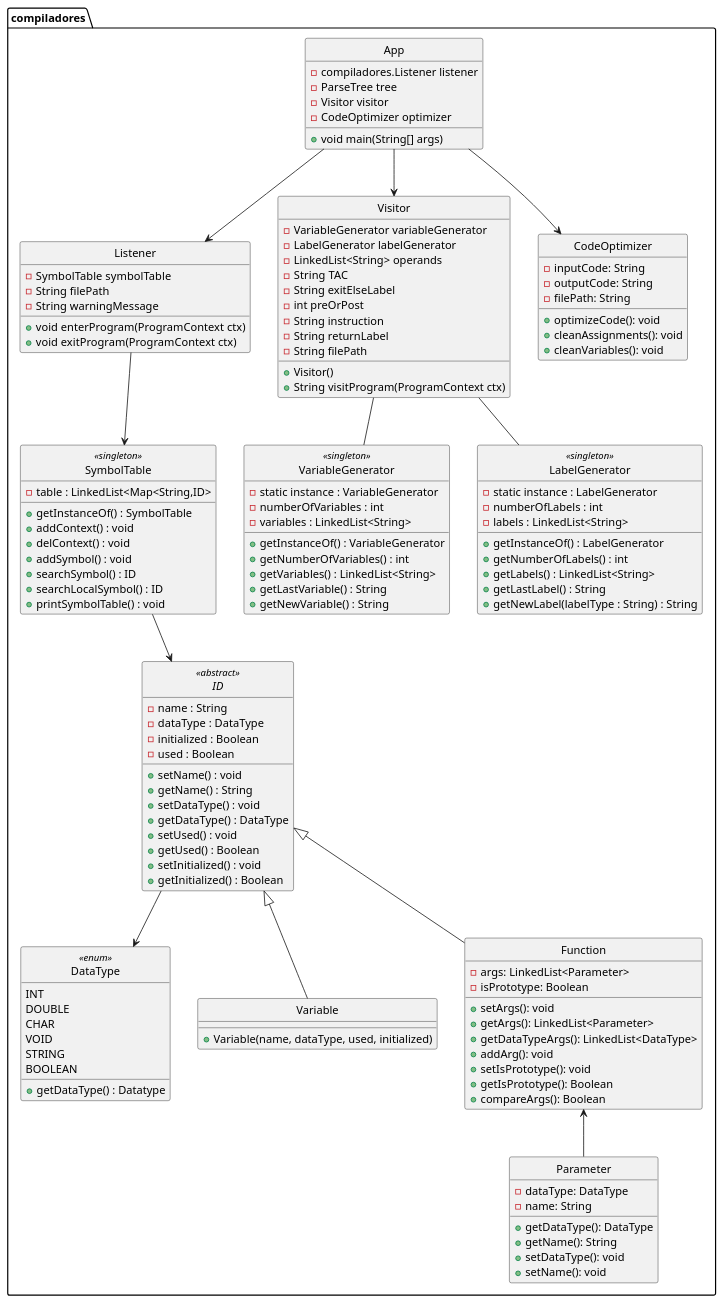
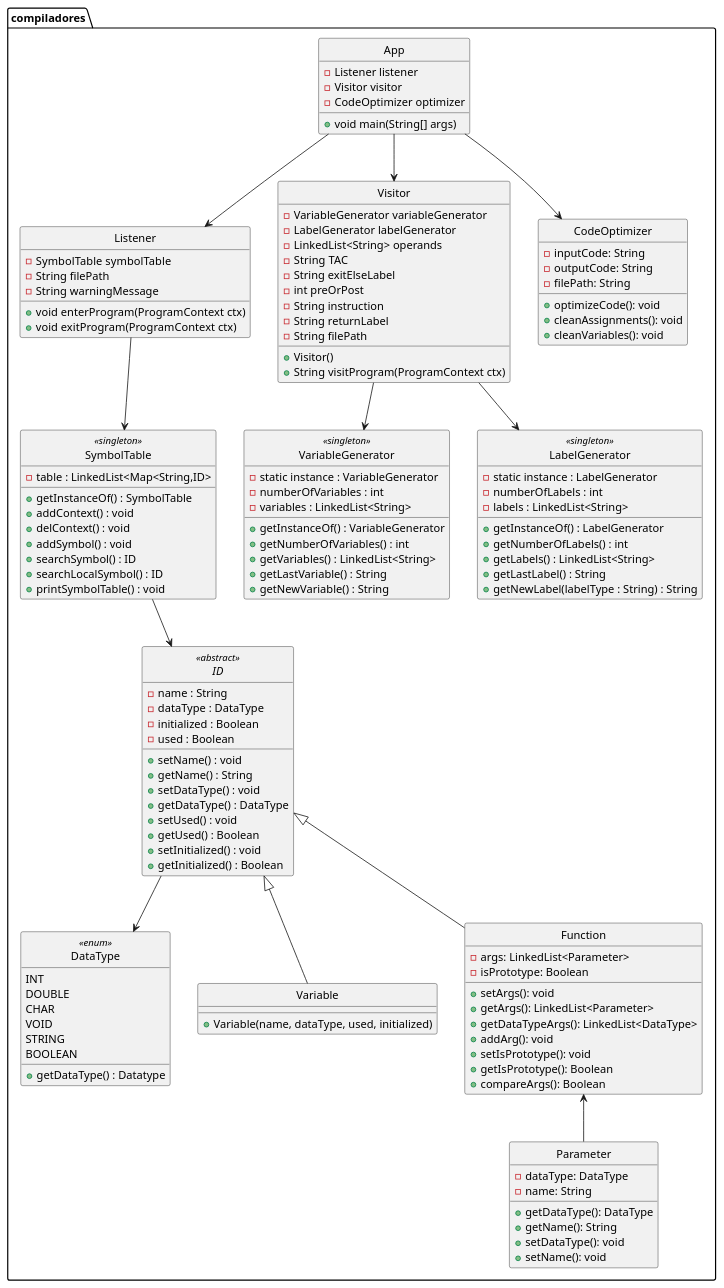
One commit to manugcr/Compiladores changed the diagram in proyectobase/UML/GeneralDiagram.puml. Above: the diagram before and after it, drawn with PlantUML. The commit also changed 3 other files, not shown here.

```diff
--- a/proyectobase/UML/GeneralDiagram.puml
+++ b/proyectobase/UML/GeneralDiagram.puml
@@ -6,150 +6,153 @@
 @startuml App
 
 hide circle
 
 class compiladores.App {
-    - compiladores.Listener listener
-    - ParseTree tree
+    - Listener listener
     - Visitor visitor
     - CodeOptimizer optimizer
     + void main(String[] args)
 }
+
+
+
 
 class compiladores.Listener {
     - SymbolTable symbolTable
     - String filePath
     - String warningMessage
     + void enterProgram(ProgramContext ctx)
     + void exitProgram(ProgramContext ctx)
 }
+
 
 
 
 class compiladores.Visitor {
     - VariableGenerator variableGenerator
     - LabelGenerator labelGenerator
     - LinkedList<String> operands
     - String TAC
     - String exitElseLabel
     - int preOrPost
     - String instruction
     - String returnLabel
     - String filePath
     + Visitor()
     + String visitProgram(ProgramContext ctx)
 }
 
 class compiladores.VariableGenerator <<singleton>> {
     - static instance : VariableGenerator
     - numberOfVariables : int
     - variables : LinkedList<String>
     + getInstanceOf() : VariableGenerator
     + getNumberOfVariables() : int
     + getVariables() : LinkedList<String>
     + getLastVariable() : String
     + getNewVariable() : String
 }
 
 class compiladores.LabelGenerator <<singleton>> {
     - static instance : LabelGenerator
     - numberOfLabels : int
     - labels : LinkedList<String>
     + getInstanceOf() : LabelGenerator
     + getNumberOfLabels() : int
     + getLabels() : LinkedList<String>
     + getLastLabel() : String
     + getNewLabel(labelType : String) : String
 }
 
 
 
 
 class compiladores.CodeOptimizer {
     - inputCode: String
     - outputCode: String
     - filePath: String
     + optimizeCode(): void
     + cleanAssignments(): void
     + cleanVariables(): void
 }
 
 
 
 
 class compiladores.SymbolTable <<singleton>> {
     - table : LinkedList<Map<String,ID>  
     + getInstanceOf() : SymbolTable
     + addContext() : void
     + delContext() : void
     + addSymbol() : void
     + searchSymbol() : ID
     + searchLocalSymbol() : ID
     + printSymbolTable() : void
 }
 
 enum compiladores.DataType <<enum>> {
     INT
     DOUBLE
     CHAR
     VOID 
     STRING
     BOOLEAN
     + getDataType() : Datatype
 }
 
 abstract class compiladores.ID <<abstract>> {
     - name : String
     - dataType : DataType
     - initialized : Boolean
     - used : Boolean
     + setName() : void
     + getName() : String
     + setDataType() : void
     + getDataType() : DataType
     + setUsed() : void
     + getUsed() : Boolean
     + setInitialized() : void
     + getInitialized() : Boolean
 }
 
 class compiladores.Variable {
     + Variable(name, dataType, used, initialized)
 }
 
 class compiladores.Function {
     - args: LinkedList<Parameter>
     - isPrototype: Boolean
     + setArgs(): void
     + getArgs(): LinkedList<Parameter>
     + getDataTypeArgs(): LinkedList<DataType>
     + addArg(): void
     + setIsPrototype(): void
     + getIsPrototype(): Boolean
     + compareArgs(): Boolean
 }
 
 class compiladores.Parameter {
     - dataType: DataType
     - name: String
     + getDataType(): DataType
     + getName(): String
     + setDataType(): void
     + setName(): void
 }
 
 
 
 
 compiladores.SymbolTable --> compiladores.ID
 compiladores.ID <|-- compiladores.Variable
 compiladores.ID <|-- compiladores.Function
 compiladores.ID --> compiladores.DataType
 compiladores.Function <-- compiladores.Parameter
 compiladores.App --> compiladores.Listener  
 compiladores.App --> compiladores.Visitor  
 compiladores.App --> compiladores.CodeOptimizer  
 compiladores.Listener --> compiladores.SymbolTable  
-compiladores.Visitor -- compiladores.VariableGenerator
-compiladores.Visitor -- compiladores.LabelGenerator
+compiladores.Visitor --> compiladores.VariableGenerator
+compiladores.Visitor --> compiladores.LabelGenerator
 
 @enduml
```
